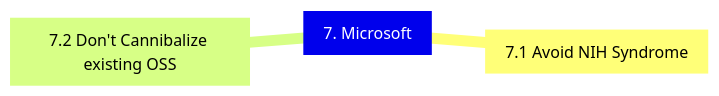
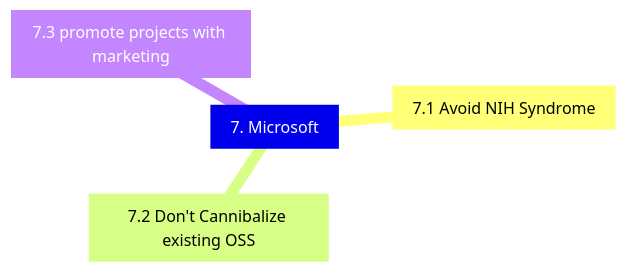
One commit to AWiderDotNET/home changed the seventh of 9 diagrams in README.md. Above: the diagram before and after it, drawn with Mermaid. The commit also changed other lines of this file, not shown here.

````diff
--- a/README.md
+++ b/README.md
@@ -179,6 +185,7 @@
 ```mermaid
 mindmap
   7[7. Microsoft]
     7.1[7.1 Avoid NIH Syndrome]
     7.2[7.2 Don't Cannibalize existing OSS]
+    7.3[7.3 promote projects with marketing]
 ```
````
